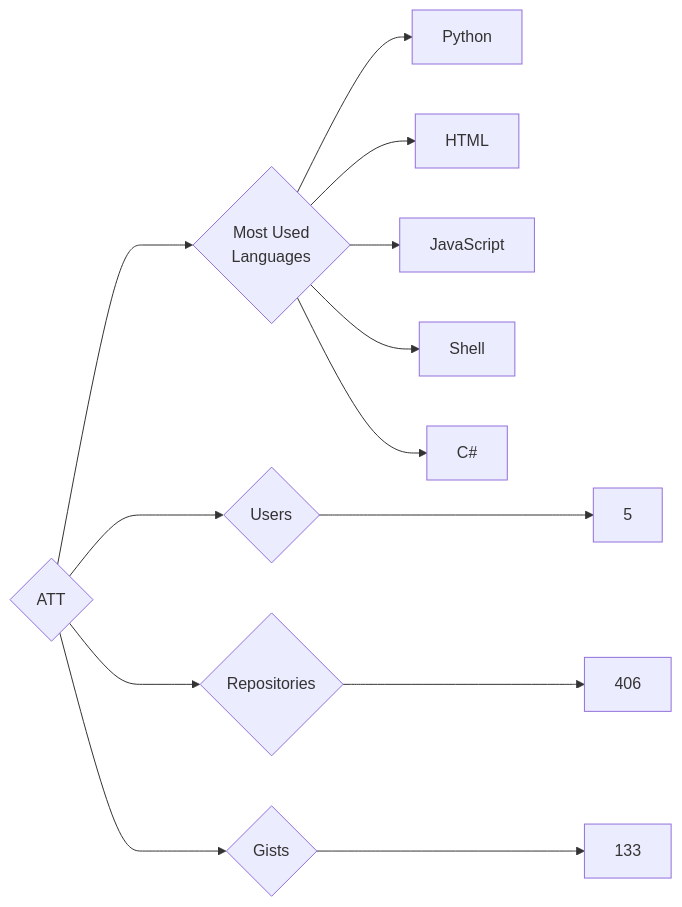
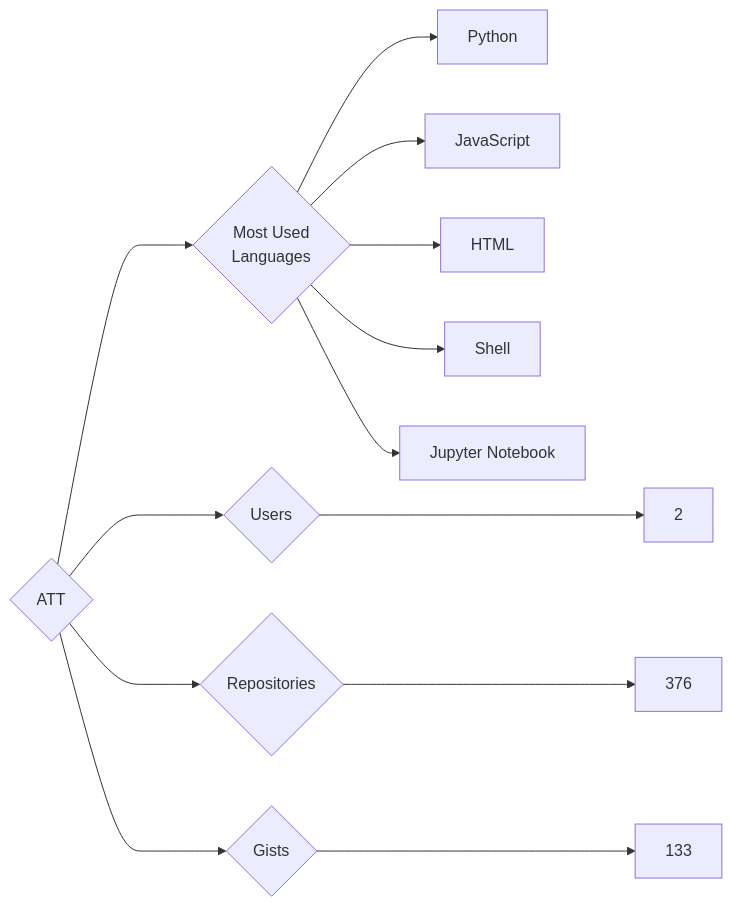
One commit to trickest/insiders changed the diagram in targets/ATT/README.md. Above: the diagram before and after it, drawn with Mermaid. The commit also changed 985 other files, not shown here.

````diff
--- a/targets/ATT/README.md
+++ b/targets/ATT/README.md
@@ -3,13 +3,13 @@
 ```mermaid
 graph LR
 COMPANY_NAME{ATT}
-COMPANY_NAME ---> U{Users} ---> UN[5]
-COMPANY_NAME ---> R{Repositories} ---> RN[406]
+COMPANY_NAME ---> U{Users} ---> UN[2]
+COMPANY_NAME ---> R{Repositories} ---> RN[376]
 COMPANY_NAME ---> G{Gists} ---> GN[133]
 COMPANY_NAME ---> ML{Most Used<br>Languages}
 ML --> Python[Python]
+ML --> JavaScript[JavaScript]
 ML --> HTML[HTML]
-ML --> JavaScript[JavaScript]
 ML --> Shell[Shell]
-ML --> C#[C#]
+ML --> Jupyter_Notebook[Jupyter Notebook]
 ```
````
